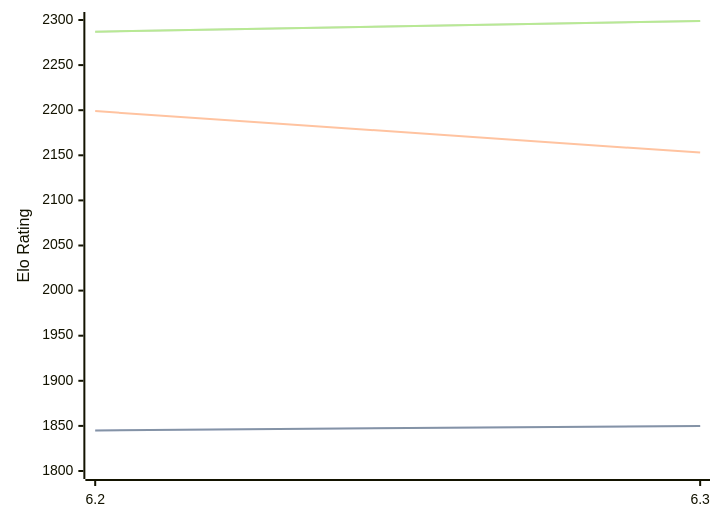
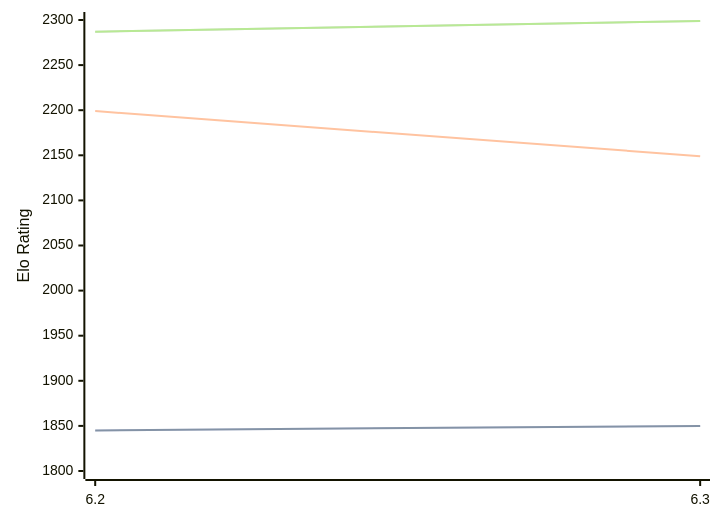
One commit to computer-chess-index/cci changed the third of 3 diagrams in engines/chess4j.md. Above: the diagram before and after it, drawn with Mermaid. The commit also changed other lines of this file, not shown here.

````diff
--- a/engines/chess4j.md
+++ b/engines/chess4j.md
@@ -71,11 +71,11 @@
 ```mermaid
 %%{init: {"theme":"base","themeVariables":{"seriesColors:['#a3a3a3','#222221','#faa371']}}}%%
 xychart-beta
   x-axis ["6.2", "6.3"]
   y-axis "Elo Rating" 1800 --> 2300
   line "STC (8.0+0.08s)" [1845, 1850]
   line "STC (8.0+0.08s)" [1845, 1850]
-  line "LTC (60.0+0.60s)" [2199, 2153]
+  line "LTC (60.0+0.60s)" [2199, 2149]
   line "VLTC (2m24s+1.12s)" [2287, 2299]
   line "VLTC (2m24s+1.12s)" [2287, 2299]
 ```
````
